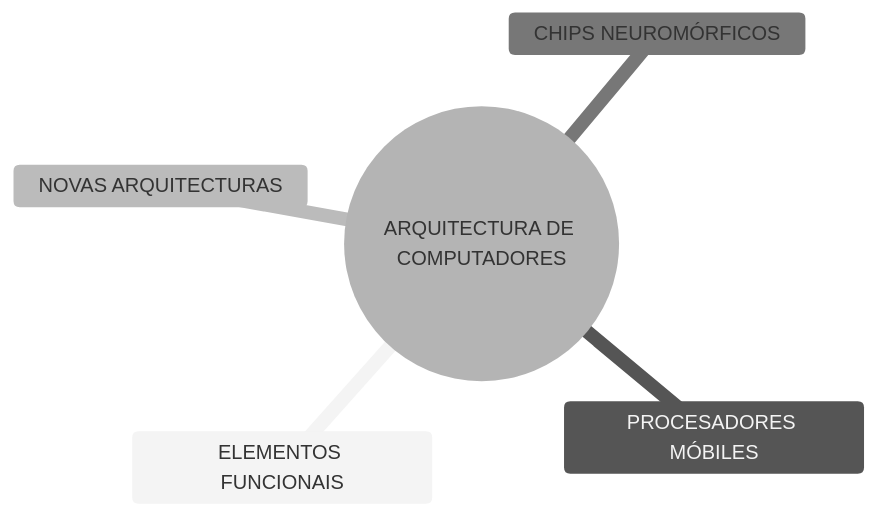
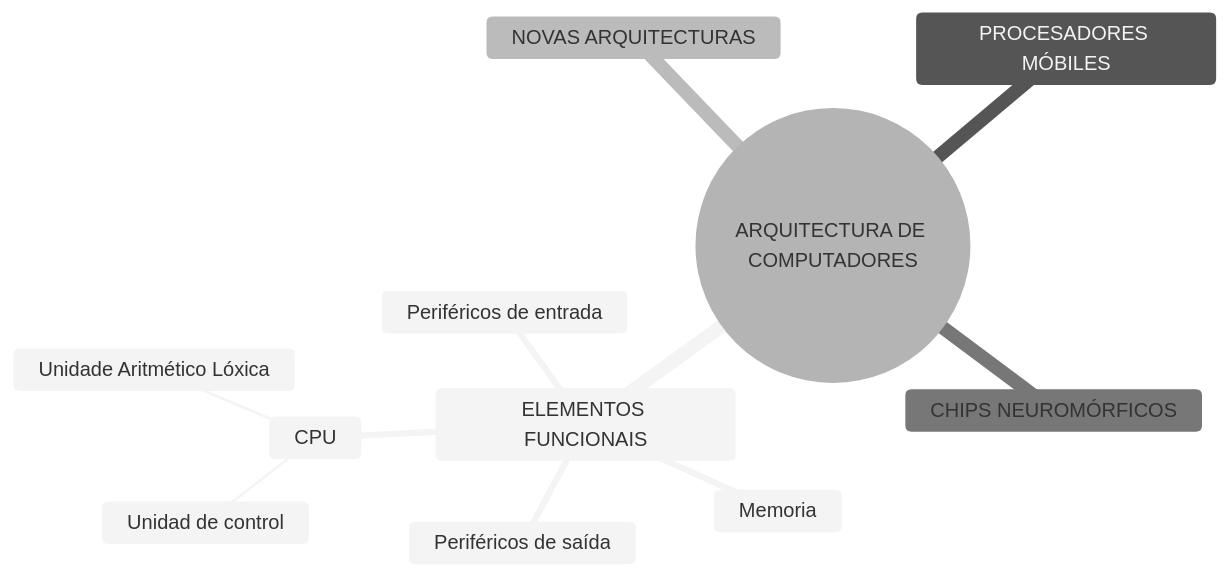
Before and after one commit to EduBelay/MME-blog: the second of 7 diagrams in taller/esquema.md, drawn with Mermaid (neutral theme). The commit also changed other lines of this file, not shown here.

````diff
--- a/taller/esquema.md
+++ b/taller/esquema.md
@@ -14,11 +14,16 @@
 ```mermaid
 mindmap
   root((ARQUITECTURA DE COMPUTADORES))
     ELEMENTOS FUNCIONAIS
-       
+     Periféricos de entrada
+     CPU
+      Unidad de control
+      Unidade Aritmético Lóxica
+     Memoria
+     Periféricos de saída
     PROCESADORES MÓBILES
       
     NOVAS ARQUITECTURAS
 
     CHIPS NEUROMÓRFICOS
 ```
````
